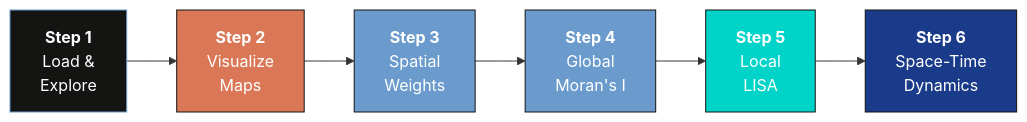
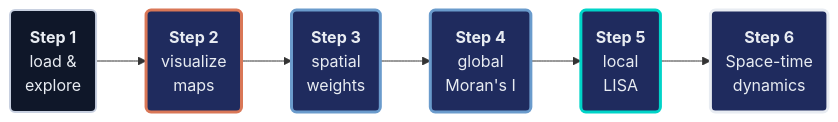
One commit to cmg777/starter-academic-v501 changed the diagram in content/post/python_esda2/references/tutorial.qmd. Above: the diagram before and after it, drawn with Mermaid. The commit also changed other lines of this file and 42 other files, not shown here.

First line of the commit message:
content(mermaid): restyle Mermaid copies in tutorial sources and the LaLonde slide deck

````diff
--- a/content/post/python_esda2/references/tutorial.qmd
+++ b/content/post/python_esda2/references/tutorial.qmd
@@ -121,15 +121,18 @@
 ```{mermaid}
 graph LR
-    A["<b>Step 1</b><br/>Load &<br/>Explore"] --> B["<b>Step 2</b><br/>Visualize<br/>Maps"]
-    B --> C["<b>Step 3</b><br/>Spatial<br/>Weights"]
-    C --> D["<b>Step 4</b><br/>Global<br/>Moran's I"]
-    D --> E["<b>Step 5</b><br/>Local<br/>LISA"]
-    E --> F["<b>Step 6</b><br/>Space-Time<br/>Dynamics"]
-
-    style A fill:#141413,stroke:#6a9bcc,color:#fff
-    style B fill:#d97757,stroke:#141413,color:#fff
-    style C fill:#6a9bcc,stroke:#141413,color:#fff
-    style D fill:#6a9bcc,stroke:#141413,color:#fff
-    style E fill:#00d4c8,stroke:#141413,color:#fff
-    style F fill:#1a3a8a,stroke:#141413,color:#fff
+    A("<b>Step 1</b><br/>load &<br/>explore") --> B("<b>Step 2</b><br/>visualize<br/>maps")
+    B --> C("<b>Step 3</b><br/>spatial<br/>weights")
+    C --> D("<b>Step 4</b><br/>global<br/>Moran's I")
+    D --> E("<b>Step 5</b><br/>local<br/>LISA")
+    E --> F("<b>Step 6</b><br/>Space-time<br/>dynamics")
+    classDef anchor fill:#0f1729,stroke:#c8d0e0,stroke-width:2px,color:#e8ecf2
+    classDef orange fill:#1f2b5e,stroke:#d97757,stroke-width:3px,color:#e8ecf2
+    classDef blue fill:#1f2b5e,stroke:#6a9bcc,stroke-width:3px,color:#e8ecf2
+    classDef teal fill:#1f2b5e,stroke:#00d4c8,stroke-width:3px,color:#e8ecf2
+    classDef key fill:#1f2b5e,stroke:#e8ecf2,stroke-width:3px,color:#e8ecf2
+    class A anchor
+    class B orange
+    class C,D blue
+    class E teal
+    class F key
 ```
````
